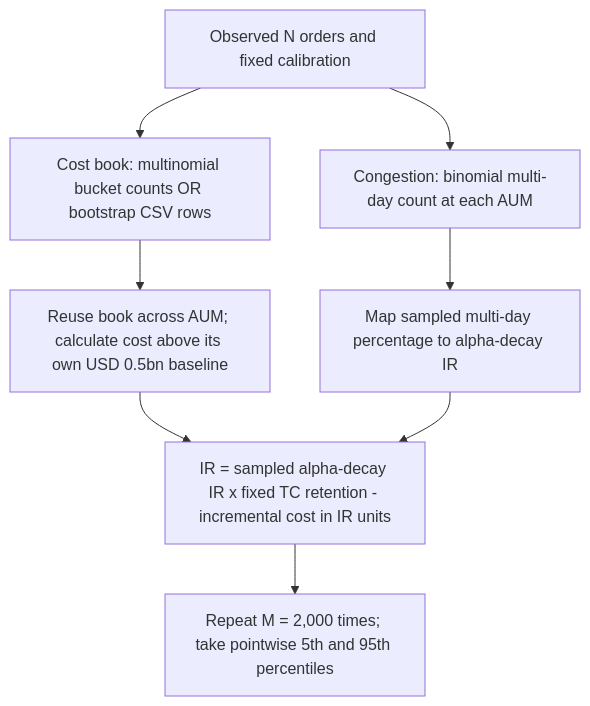
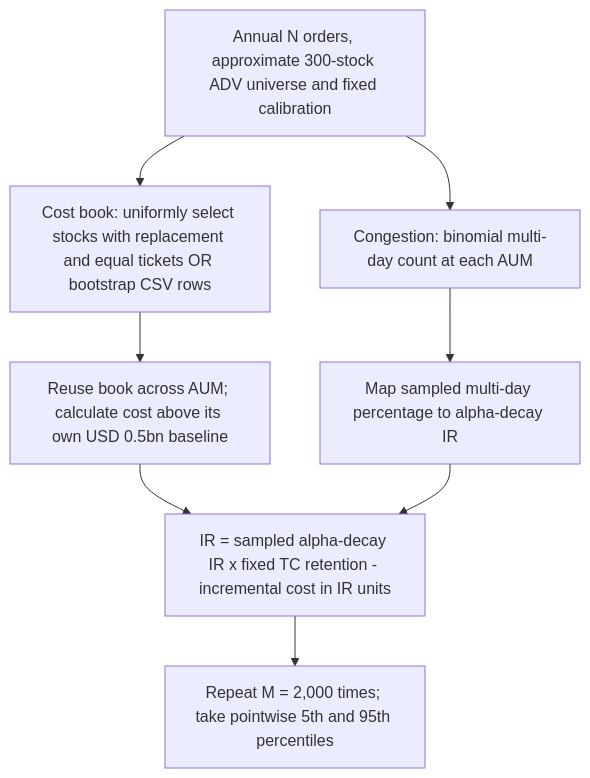
One commit to roddup75/venera changed the diagram in capacity/streamlit/METHODOLOGY.md. Above: the diagram before and after it, drawn with Mermaid. The commit also changed other lines of this file and 14 other files, not shown here.

Commit message:
Sample equal-notional annual trades from the saved ADV universe

````diff
--- a/capacity/streamlit/METHODOLOGY.md
+++ b/capacity/streamlit/METHODOLOGY.md
@@ -110,10 +120,10 @@
 ```mermaid
 flowchart TD
-    S["Observed N orders and fixed calibration"] --> B["Cost book: multinomial bucket counts OR bootstrap CSV rows"]
+    S["Annual N orders, approximate 300-stock ADV universe and fixed calibration"] --> B["Cost book: uniformly select stocks with replacement and equal tickets OR bootstrap CSV rows"]
     S --> K["Congestion: binomial multi-day count at each AUM"]
     B --> C["Reuse book across AUM; calculate cost above its own USD 0.5bn baseline"]
     K --> I["Map sampled multi-day percentage to alpha-decay IR"]
     C --> R["IR = sampled alpha-decay IR x fixed TC retention - incremental cost in IR units"]
     I --> R
     R --> M["Repeat M = 2,000 times; take pointwise 5th and 95th percentiles"]
 ```
````
